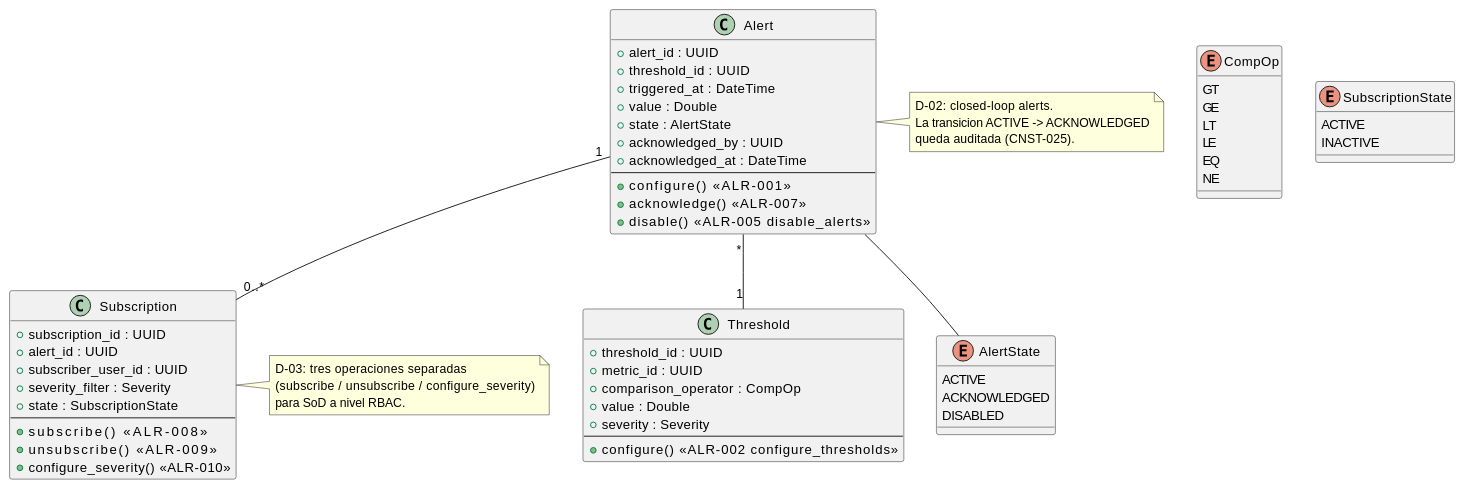
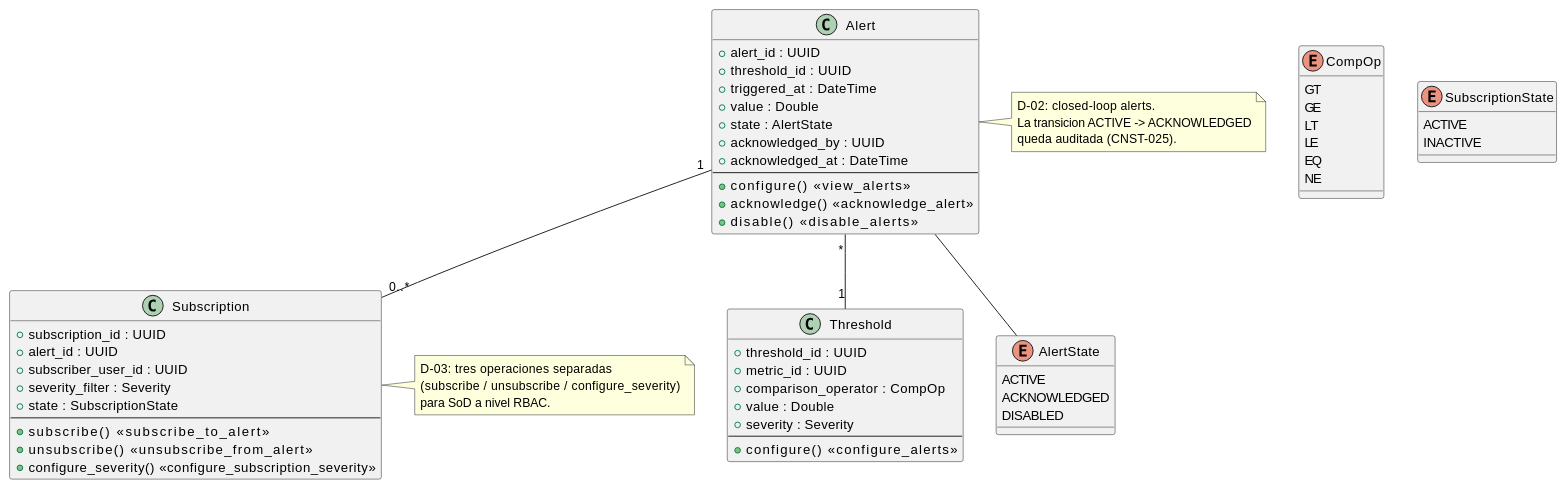
The diagram in source/arquitectura-tecnica/bounded-contexts/bounded-context-alerts.rst (jcg-admin/IACT-docs), drawn with PlantUML before and after one commit. The commit also changed 12 other files, not shown here.

```diff
--- a/source/arquitectura-tecnica/bounded-contexts/bounded-context-alerts.rst
+++ b/source/arquitectura-tecnica/bounded-contexts/bounded-context-alerts.rst
@@ -28,78 +28,78 @@
 .. uml::
  :caption: Bounded context Alerts — alertas, umbrales y
            suscripciones.
 
  @startuml
 
  class Alert {
    + alert_id : UUID
    + threshold_id : UUID
    + triggered_at : DateTime
    + value : Double
    + state : AlertState
    + acknowledged_by : UUID
    + acknowledged_at : DateTime
    --
-   + configure()         <<ALR-001>>
-   + acknowledge()       <<ALR-007>>
-   + disable()           <<ALR-005 disable_alerts>>
+   + configure()         <<view_alerts>>
+   + acknowledge()       <<acknowledge_alert>>
+   + disable()           <<disable_alerts>>
  }
 
  class Threshold {
    + threshold_id : UUID
    + metric_id : UUID
    + comparison_operator : CompOp
    + value : Double
    + severity : Severity
    --
-   + configure()         <<ALR-002 configure_thresholds>>
+   + configure()         <<configure_alerts>>
  }
 
  class Subscription {
    + subscription_id : UUID
    + alert_id : UUID
    + subscriber_user_id : UUID
    + severity_filter : Severity
    + state : SubscriptionState
    --
-   + subscribe()              <<ALR-008>>
-   + unsubscribe()            <<ALR-009>>
-   + configure_severity()     <<ALR-010>>
+   + subscribe()              <<subscribe_to_alert>>
+   + unsubscribe()            <<unsubscribe_from_alert>>
+   + configure_severity()     <<configure_subscription_severity>>
  }
 
  enum AlertState {
    ACTIVE
    ACKNOWLEDGED
    DISABLED
  }
 
  enum CompOp {
    GT
    GE
    LT
    LE
    EQ
    NE
  }
  enum SubscriptionState {
    ACTIVE
    INACTIVE
  }
 
  Alert "*" -- "1" Threshold
  Alert "1" -- "0..*" Subscription
  Alert -- AlertState
 
  note right of Alert
    D-02: closed-loop alerts.
    La transicion ACTIVE -> ACKNOWLEDGED
    queda auditada (CNST-025).
  end note
 
  note right of Subscription
    D-03: tres operaciones separadas
    (subscribe / unsubscribe / configure_severity)
    para SoD a nivel RBAC.
  end note
 
  @enduml
```
